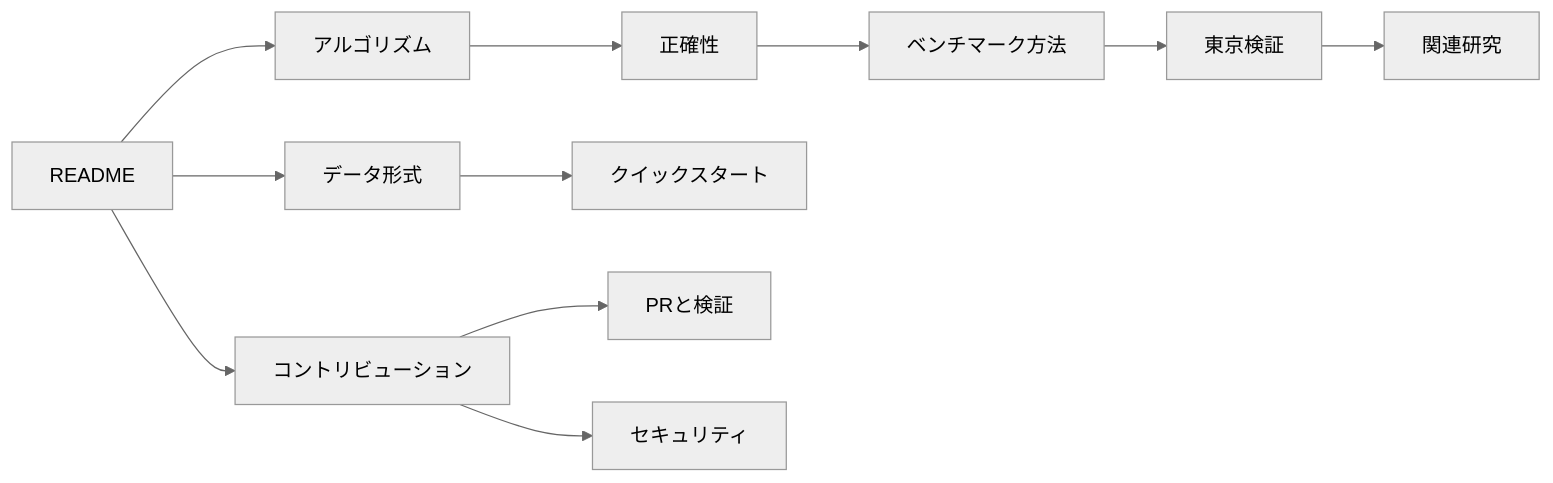
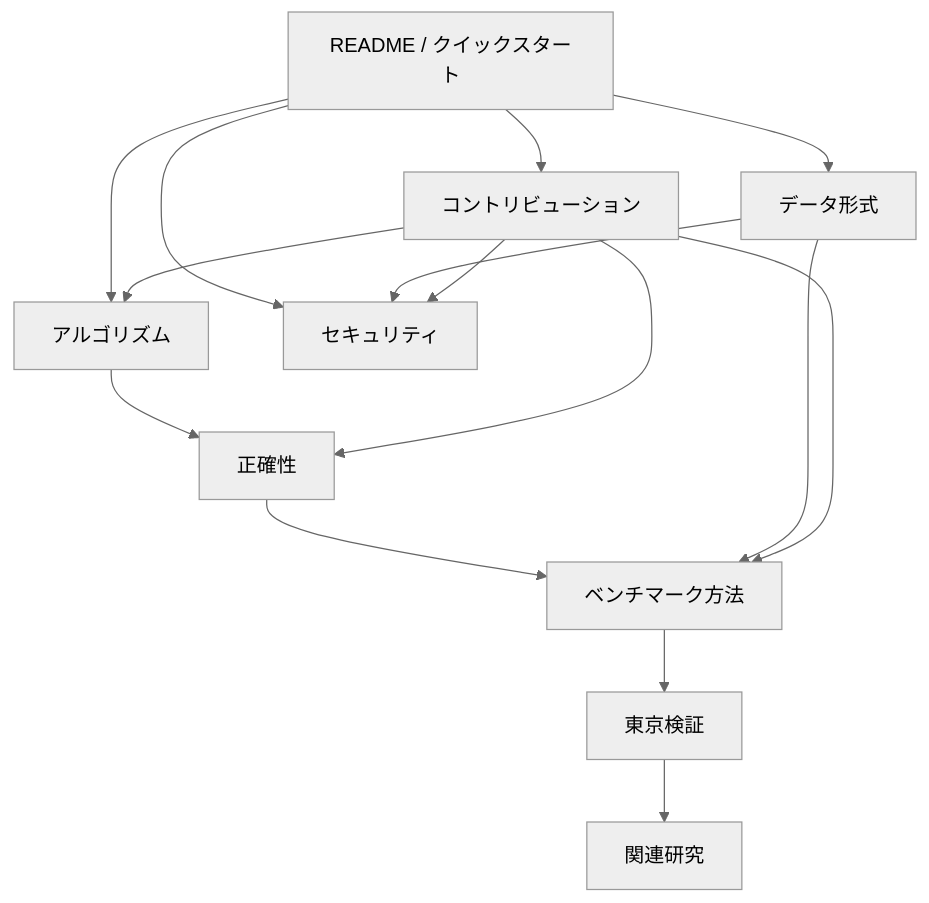
One commit to lasder-ca/aegis-acbs changed the diagram in docs/README.md. Above: the diagram before and after it, drawn with Mermaid (neutral theme). The commit also changed other lines of this file and 1 other file, not shown here.

````diff
--- a/docs/README.md
+++ b/docs/README.md
@@ -71,15 +158,22 @@
 ```mermaid
-flowchart LR
-    A[README] --> B[アルゴリズム]
-    B --> C[正確性]
-    C --> D[ベンチマーク方法]
-    D --> E[東京検証]
-    E --> F[関連研究]
+flowchart TB
+    R[README / クイックスタート]
 
-    A --> G[データ形式]
-    G --> H[クイックスタート]
+    R --> A[アルゴリズム]
+    A --> C[正確性]
+    C --> B[ベンチマーク方法]
+    B --> T[東京検証]
+    T --> W[関連研究]
 
-    A --> I[コントリビューション]
-    I --> J[PRと検証]
-    I --> K[セキュリティ]
+    R --> D[データ形式]
+    D --> B
+
+    R --> P[コントリビューション]
+    P --> A
+    P --> C
+    P --> B
+
+    R --> S[セキュリティ]
+    D --> S
+    P --> S
 ```
````
